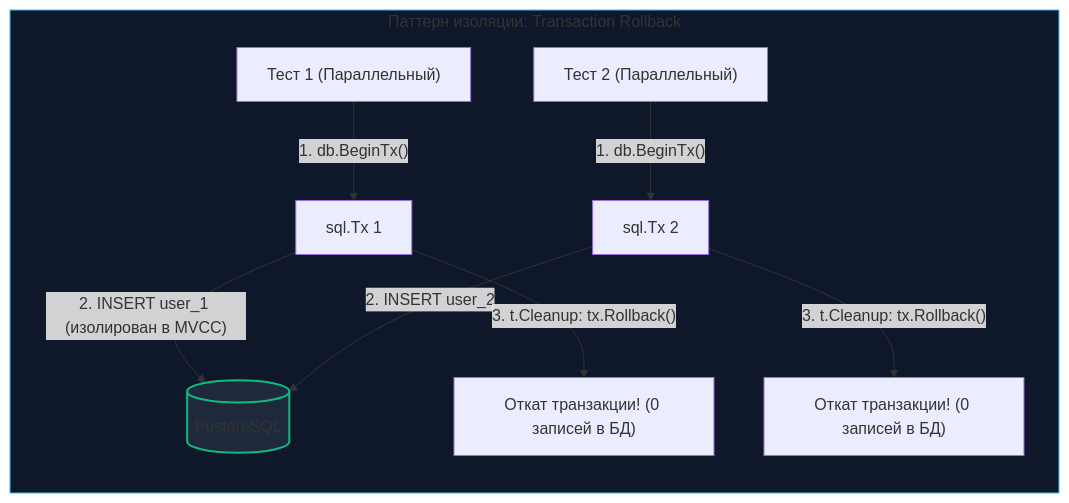
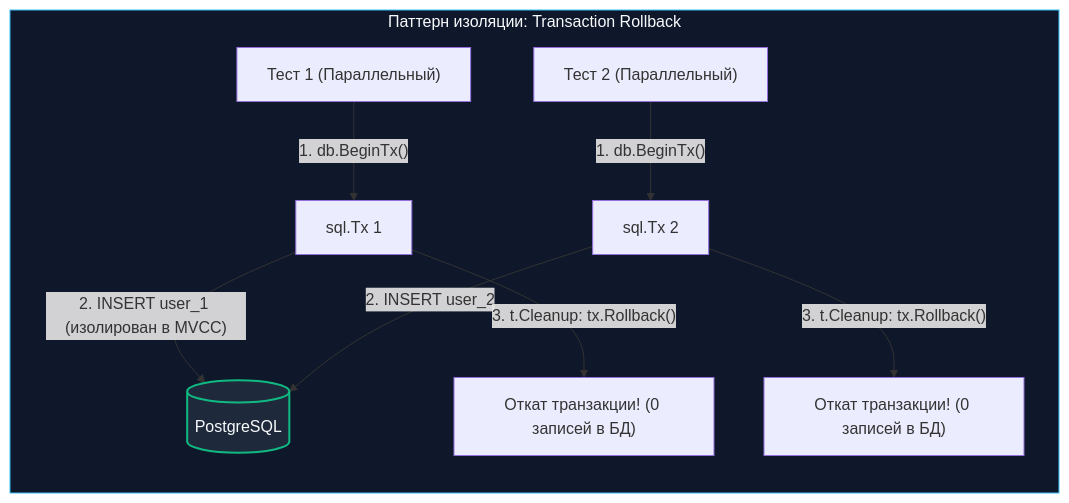
The third of 3 diagrams in sources/10. Проектирование API и Сетевые протоколы/33. API testing.md (UnrealTemplier/go-textbook), drawn with Mermaid before and after one commit. The commit also changed other lines of this file and 310 other files, not shown here.

First line of the commit message:
fix(mermaid): replace light fill colors with dark palette for readability on dark theme

````diff
--- a/sources/10. Проектирование API и Сетевые протоколы/33. API testing.md
+++ b/sources/10. Проектирование API и Сетевые протоколы/33. API testing.md
@@ -236,17 +236,17 @@
 ```mermaid
 flowchart TD
     subgraph Isolation ["Паттерн изоляции: Transaction Rollback"]
         direction TB
         Test1["Тест 1 (Параллельный)"] -->|"1. db.BeginTx()"| Tx1["sql.Tx 1"]
         Test2["Тест 2 (Параллельный)"] -->|"1. db.BeginTx()"| Tx2["sql.Tx 2"]
         
         Tx1 -->|"2. INSERT user_1 (изолирован в MVCC)"| DB[("PostgreSQL")]
         Tx2 -->|"2. INSERT user_2"| DB
         
         Tx1 -->|"3. t.Cleanup: tx.Rollback()"| Rollback1["Откат транзакции! (0 записей в БД)"]
         Tx2 -->|"3. t.Cleanup: tx.Rollback()"| Rollback2["Откат транзакции! (0 записей в БД)"]
     end
 
-    style Isolation fill:#0f172a,stroke:#38bdf8,stroke-width:1px
-    style DB fill:#1e293b,stroke:#10b981,stroke-width:2px
+    style Isolation fill:#0f172a,stroke:#38bdf8,stroke-width:1px,color:#f8fafc
+    style DB fill:#1e293b,stroke:#10b981,stroke-width:2px,color:#f8fafc
 ```
````
